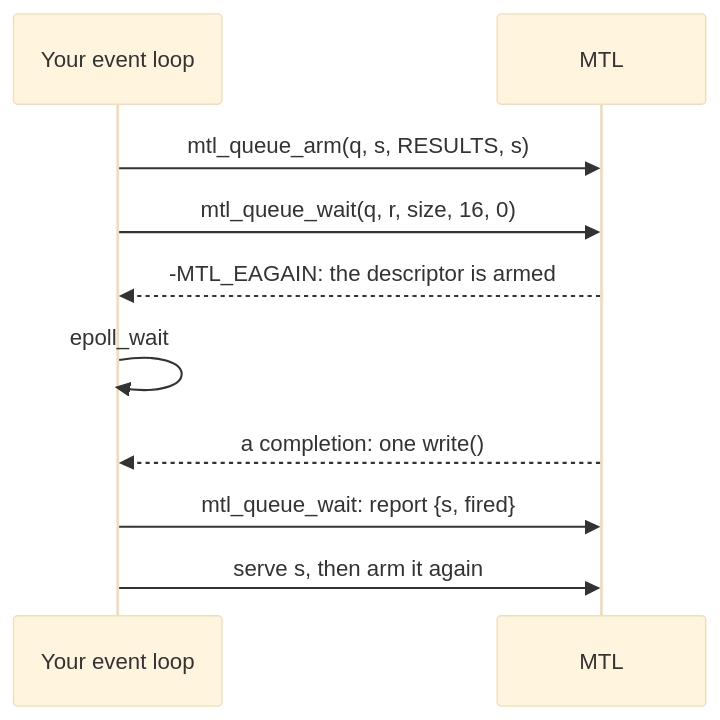
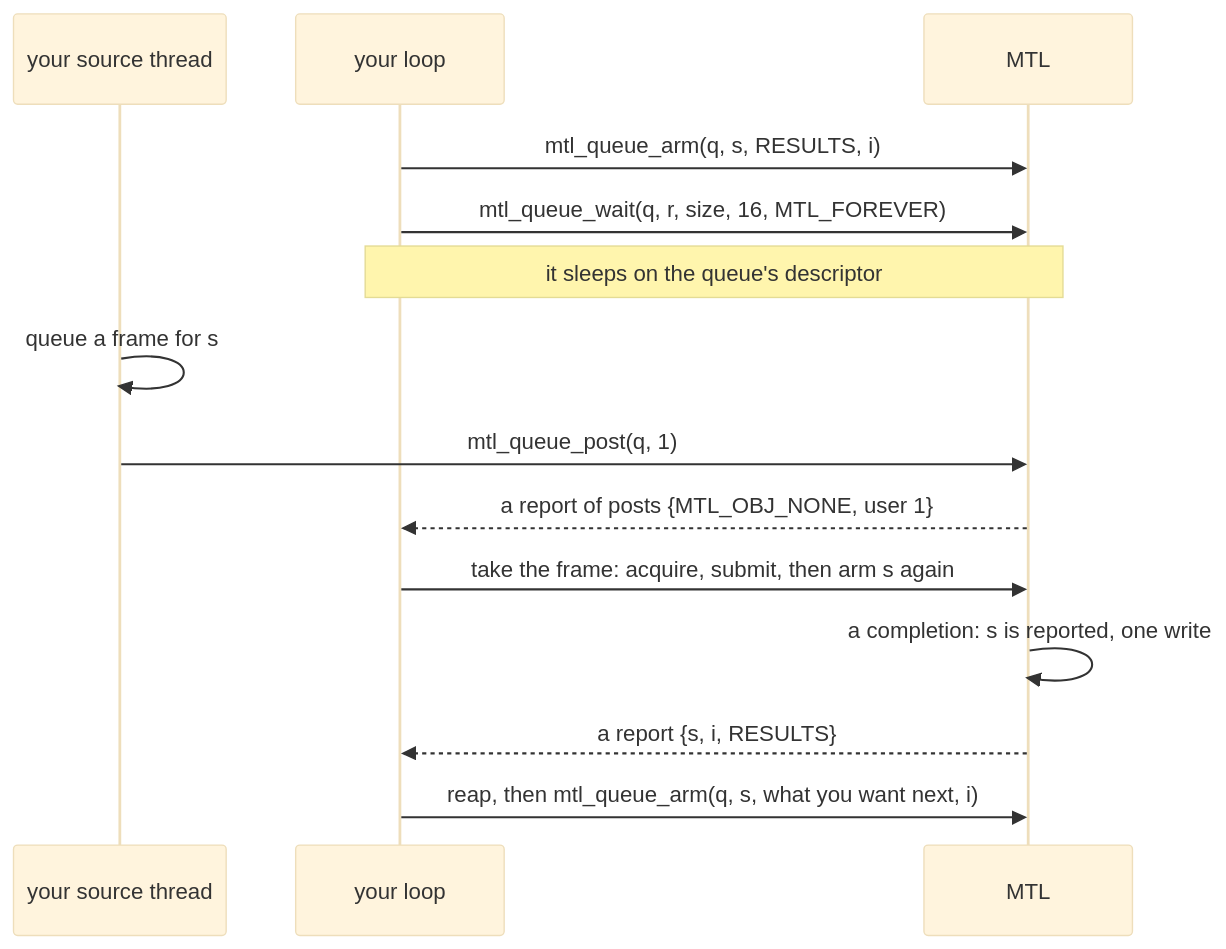
Before and after one commit to Sakoram/Media-Transport-Library: the third of 7 diagrams in doc/unified-api/presentation/slides.md, drawn with Mermaid (base theme). The commit also changed other lines of this file and 46 other files, not shown here.

````diff
--- a/doc/unified-api/presentation/slides.md
+++ b/doc/unified-api/presentation/slides.md
@@ -194,12 +195,16 @@
 ```mermaid
 sequenceDiagram
-    participant A as Your event loop
+    participant S as your source thread
+    participant A as your loop
     participant M as MTL
-    A->>M: mtl_queue_arm(q, s, RESULTS, s)
-    A->>M: mtl_queue_wait(q, r, size, 16, 0)
-    M-->>A: -MTL_EAGAIN: the descriptor is armed
-    A->>A: epoll_wait
-    M-->>A: a completion: one write()
-    A->>M: mtl_queue_wait: report {s, fired}
-    A->>M: serve s, then arm it again
+    A->>M: mtl_queue_arm(q, s, RESULTS, i)
+    A->>M: mtl_queue_wait(q, r, size, 16, MTL_FOREVER)
+    Note over A,M: it sleeps on the queue's descriptor
+    S->>S: queue a frame for s
+    S->>M: mtl_queue_post(q, 1)
+    M-->>A: a report of posts {MTL_OBJ_NONE, user 1}
+    A->>M: take the frame: acquire, submit, then arm s again
+    M->>M: a completion: s is reported, one write
+    M-->>A: a report {s, i, RESULTS}
+    A->>M: reap, then mtl_queue_arm(q, s, what you want next, i)
 ```
````
